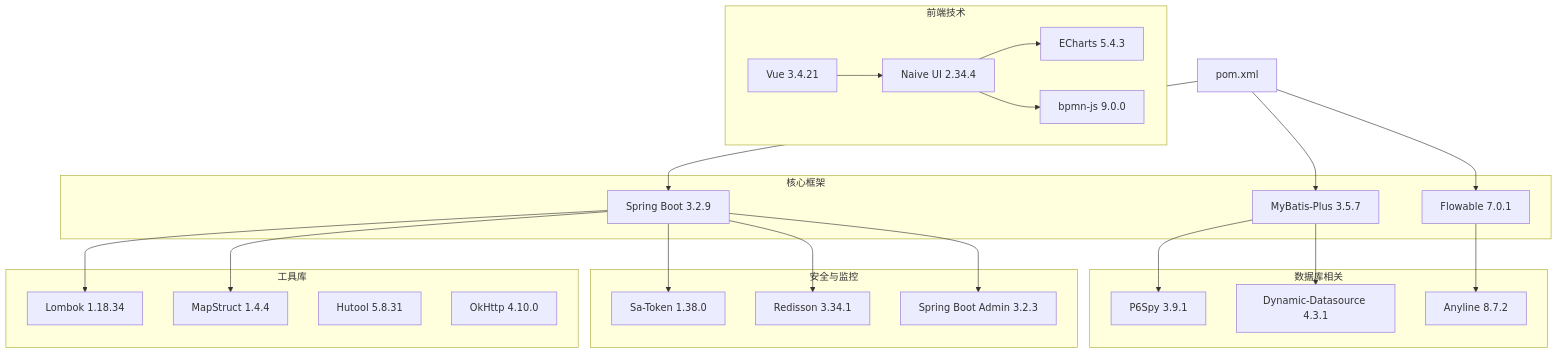
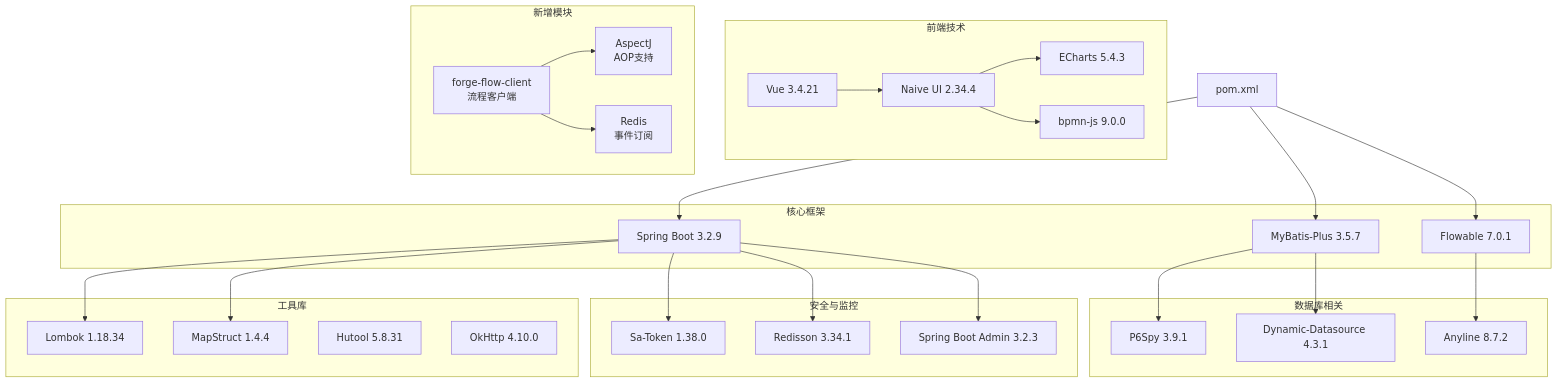
Before and after one commit to yaomindong1996/forge-admin: the fifth of 6 diagrams in .qoder/repowiki/zh/content/核心功能模块/工作流管理系统.md, drawn with Mermaid. The commit also changed other lines of this file and 76 other files, not shown here.

````diff
--- a/.qoder/repowiki/zh/content/核心功能模块/工作流管理系统.md
+++ b/.qoder/repowiki/zh/content/核心功能模块/工作流管理系统.md
@@ -566,44 +742,51 @@
 ```mermaid
 graph TB
 subgraph "核心框架"
 SPRING[Spring Boot 3.2.9]
 MYBATIS[MyBatis-Plus 3.5.7]
 FLOWABLE[Flowable 7.0.1]
 end
 subgraph "工具库"
 LOMBOK[Lombok 1.18.34]
 MAPSTRUCT[MapStruct 1.4.4]
 HUTOOL[Hutool 5.8.31]
 OKHTTP[OkHttp 4.10.0]
 end
 subgraph "数据库相关"
 P6SPY[P6Spy 3.9.1]
 DYNAMIC_DS[Dynamic-Datasource 4.3.1]
 ANYLINE[Anyline 8.7.2]
 end
 subgraph "安全与监控"
 SATEKOU[Sa-Token 1.38.0]
 REDISSON[Redisson 3.34.1]
 SB_ADMIN[Spring Boot Admin 3.2.3]
 end
 subgraph "前端技术"
 VUE3[Vue 3.4.21]
 NAIVE_UI[Naive UI 2.34.4]
 ECharts[ECharts 5.4.3]
 BPMN_JS[bpmn-js 9.0.0]
 end
+subgraph "新增模块"
+FLOWSERVER[forge-flow-client<br/>流程客户端]
+ASPECTJ[AspectJ<br/>AOP支持]
+REDIS[Redis<br/>事件订阅]
+end
 ROOT[pom.xml] --> SPRING
 ROOT --> MYBATIS
 ROOT --> FLOWABLE
 SPRING --> LOMBOK
 SPRING --> MAPSTRUCT
 MYBATIS --> P6SPY
 MYBATIS --> DYNAMIC_DS
 FLOWABLE --> ANYLINE
 SPRING --> SATEKOU
 SPRING --> REDISSON
 SPRING --> SB_ADMIN
 VUE3 --> NAIVE_UI
 NAIVE_UI --> ECharts
 NAIVE_UI --> BPMN_JS
+FLOWSERVER --> ASPECTJ
+FLOWSERVER --> REDIS
 ```
````
